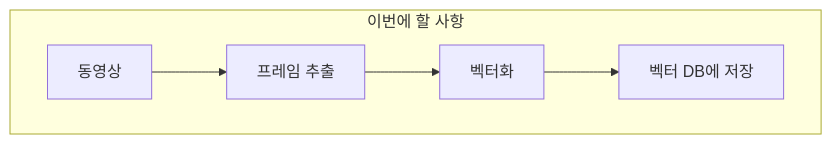
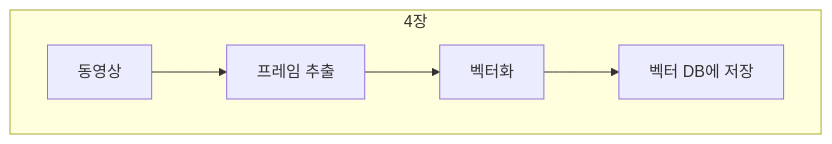
Before and after one commit to DSeung001/dseung001.github.io: the second of 5 diagrams in content/posts/2026/05/10/index.md, drawn with Mermaid. The commit also changed other lines of this file and 1 other file, not shown here.

````diff
--- a/content/posts/2026/05/10/index.md
+++ b/content/posts/2026/05/10/index.md
@@ -675,7 +675,7 @@
 ```mermaid
 flowchart TB
-    subgraph step4["이번에 할 사항"]
+    subgraph step4["4장"]
         direction LR
         v2[동영상] --> f2[프레임 추출] --> e2[벡터화] --> db[벡터 DB에 저장]
     end
 ```
````
